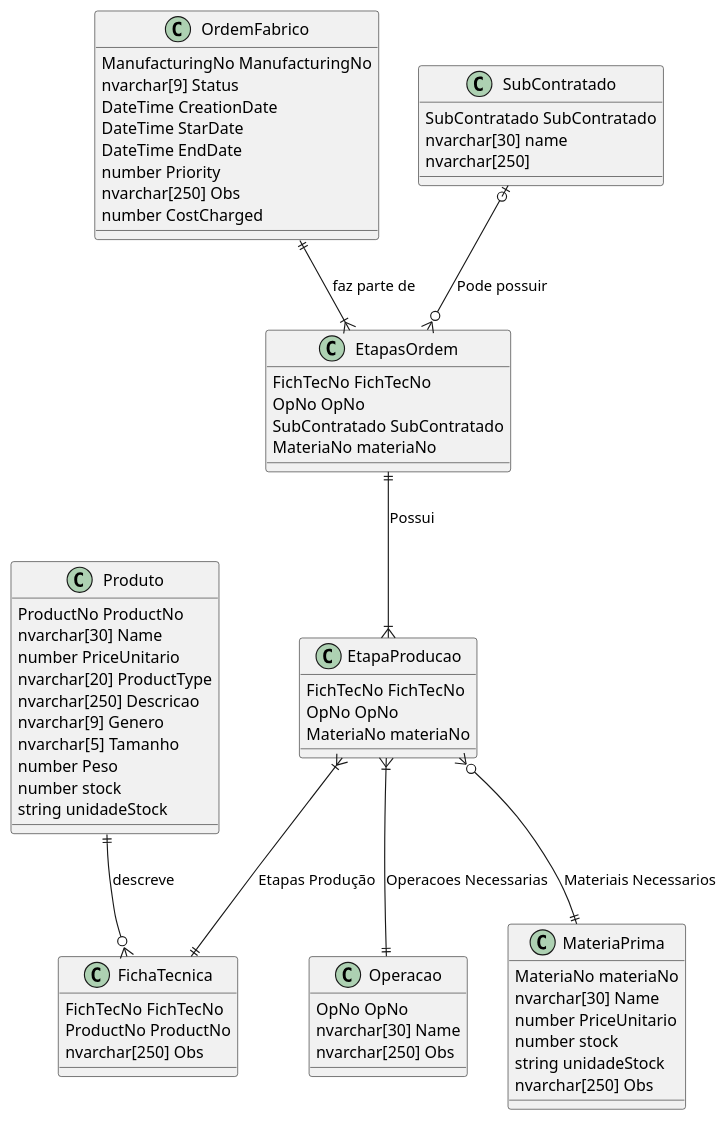
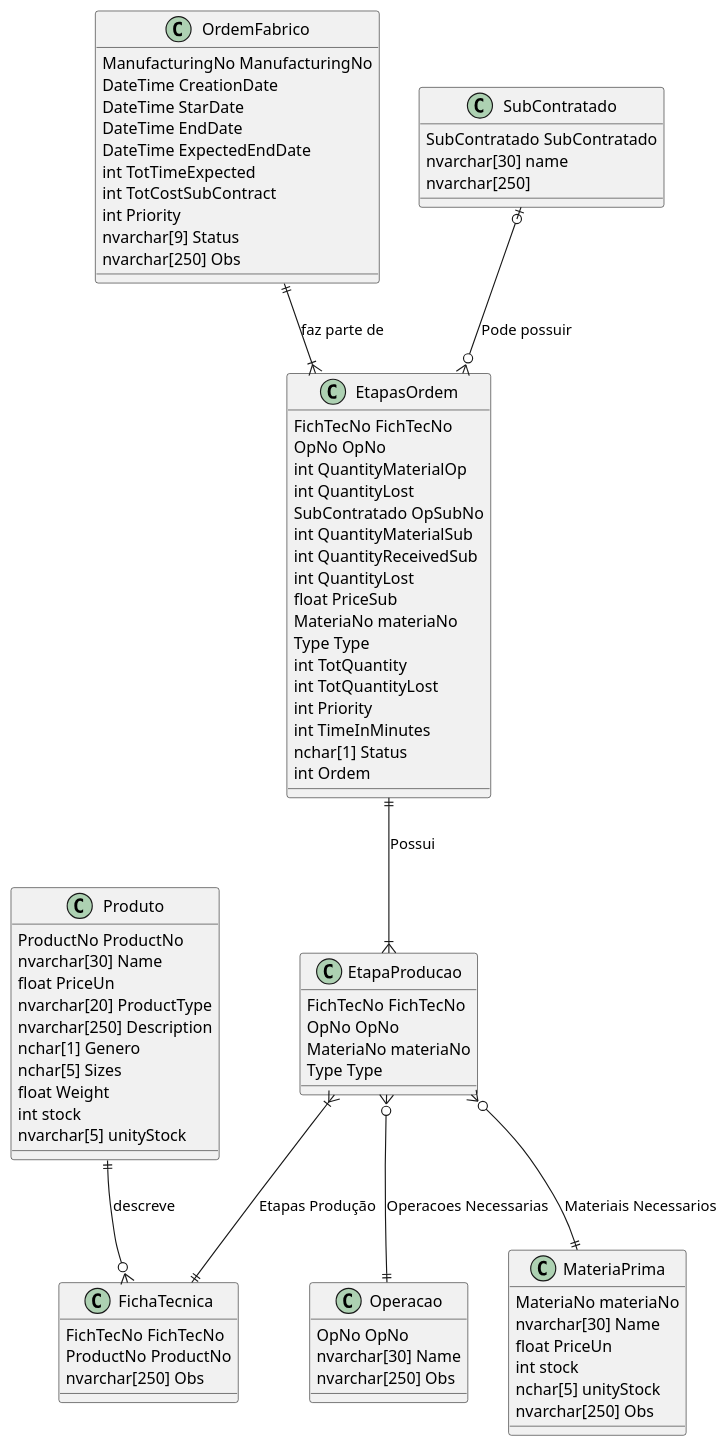
Before and after one commit to Arturito2005/TrabalhoBD: the diagram in DesenhoLogico/ModeloLogico/ModeloLogico.plantuml, drawn with PlantUML. The commit also changed 7 other files, not shown here.

```diff
--- a/DesenhoLogico/ModeloLogico/ModeloLogico.plantuml
+++ b/DesenhoLogico/ModeloLogico/ModeloLogico.plantuml
@@ -1,89 +1,105 @@
 @startuml tableBD
 
 
 class OrdemFabrico {
     ManufacturingNo ManufacturingNo
-    nvarchar[9] Status 
     DateTime CreationDate
     DateTime StarDate
     DateTime EndDate
-    number Priority
+    DateTime ExpectedEndDate
+    int TotTimeExpected 
+    int TotCostSubContract
+    int Priority
+    nvarchar[9] Status 
     nvarchar[250] Obs
-    number CostCharged
 }   
 
 class Produto {
     ProductNo ProductNo
     nvarchar[30] Name 
-    number PriceUnitario 
+    float PriceUn
     nvarchar[20] ProductType
-    nvarchar[250] Descricao
-    nvarchar[9] Genero
-    nvarchar[5] Tamanho
-    number Peso
-    number stock 
-    string unidadeStock
+    nvarchar[250] Description
+    nchar[1] Genero
+    nchar[5] Sizes
+    float Weight
+    int stock 
+    nvarchar[5] unityStock
 }
 
 class MateriaPrima {
     MateriaNo materiaNo
     nvarchar[30] Name
-    number PriceUnitario
-    number stock 
-    string unidadeStock
+    float PriceUn
+    int stock 
+    nchar[5] unityStock
     nvarchar[250] Obs
 }
 
 class FichaTecnica {
     FichTecNo FichTecNo 
     ProductNo ProductNo
     nvarchar[250] Obs
 }
 
 class Operacao {
     OpNo OpNo
     nvarchar[30] Name 
     nvarchar[250] Obs
 }
 
 class SubContratado {
     SubContratado SubContratado
     nvarchar[30] name
     nvarchar[250]
 }
 
 class EtapaProducao {
     FichTecNo FichTecNo
     OpNo OpNo
     MateriaNo materiaNo
+    Type Type
 }
 
 class EtapasOrdem {
     FichTecNo FichTecNo
     OpNo OpNo
-    SubContratado SubContratado
+    int QuantityMaterialOp
+    int QuantityLost
+    SubContratado OpSubNo
+    int QuantityMaterialSub
+    int QuantityReceivedSub
+    int QuantityLost
+    float PriceSub
     MateriaNo materiaNo
+    Type Type
+    int TotQuantity 
+    int TotQuantityLost 
+    int Priority 
+    int TimeInMinutes 
+    nchar[1] Status
+    int Ordem
 }
 
 /'
 Relacionamento Etapa Producao
 '/
 EtapaProducao }|--|| FichaTecnica: Etapas Produção
-EtapaProducao }|--|| Operacao: Operacoes Necessarias
+EtapaProducao }o--|| Operacao: Operacoes Necessarias
 EtapaProducao }o--|| MateriaPrima: Materiais Necessarios
 
 /'
 Etapas da Ordem
 '/
 SubContratado |o--o{ EtapasOrdem: Pode possuir 
 EtapasOrdem ||--|{ EtapaProducao: Possui
 OrdemFabrico ||--|{ EtapasOrdem: faz parte de
 
 
 /'
 Relacionamentos do Produto
 '/
 Produto ||--o{ FichaTecnica: descreve
 
 
 @enduml
```
